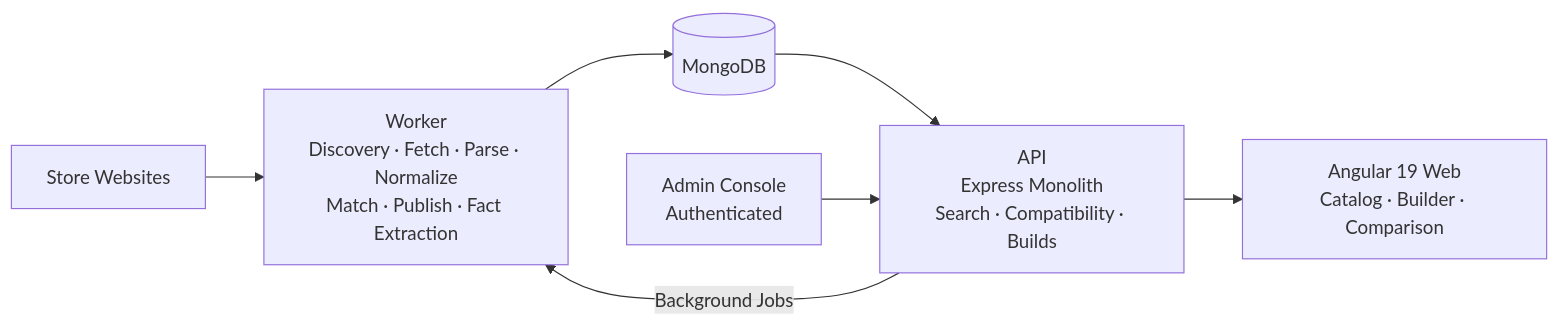
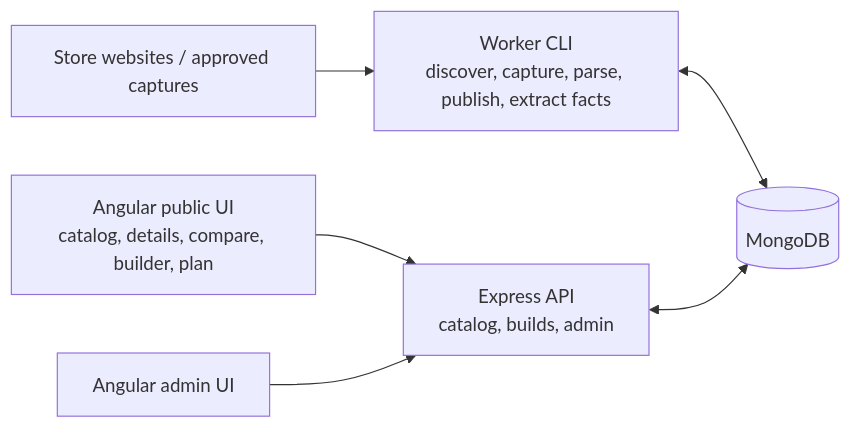
Before and after one commit to NourEldeenMahmoud/BuildSense: the diagram in README.md, drawn with Mermaid. The commit also changed other lines of this file and 18 other files, not shown here.

````diff
--- a/README.md
+++ b/README.md
@@ -128,17 +229,15 @@
 ```mermaid
 flowchart LR
-    Stores["Store Websites"]
+    Stores["Store websites / approved captures"]
+    Worker["Worker CLI<br/>discover, capture, parse, publish, extract facts"]
+    DB[(MongoDB)]
+    API["Express API<br/>catalog, builds, admin"]
+    PublicWeb["Angular public UI<br/>catalog, details, compare, builder, plan"]
+    AdminWeb["Angular admin UI"]
 
-    W["Worker<br/>Discovery · Fetch · Parse · Normalize<br/>Match · Publish · Fact Extraction"]
-    DB[(MongoDB)]
-    API["API<br/>Express Monolith<br/>Search · Compatibility · Builds"]
-    Web["Angular 19 Web<br/>Catalog · Builder · Comparison"]
-    Admin["Admin Console<br/>Authenticated"]
-
-    Stores --> W
-    W --> DB
-    DB --> API
-    API --> Web
-    Admin --> API
-    API -->|"Background Jobs"| W
+    Stores --> Worker
+    Worker <--> DB
+    API <--> DB
+    PublicWeb --> API
+    AdminWeb --> API
 ```
````
